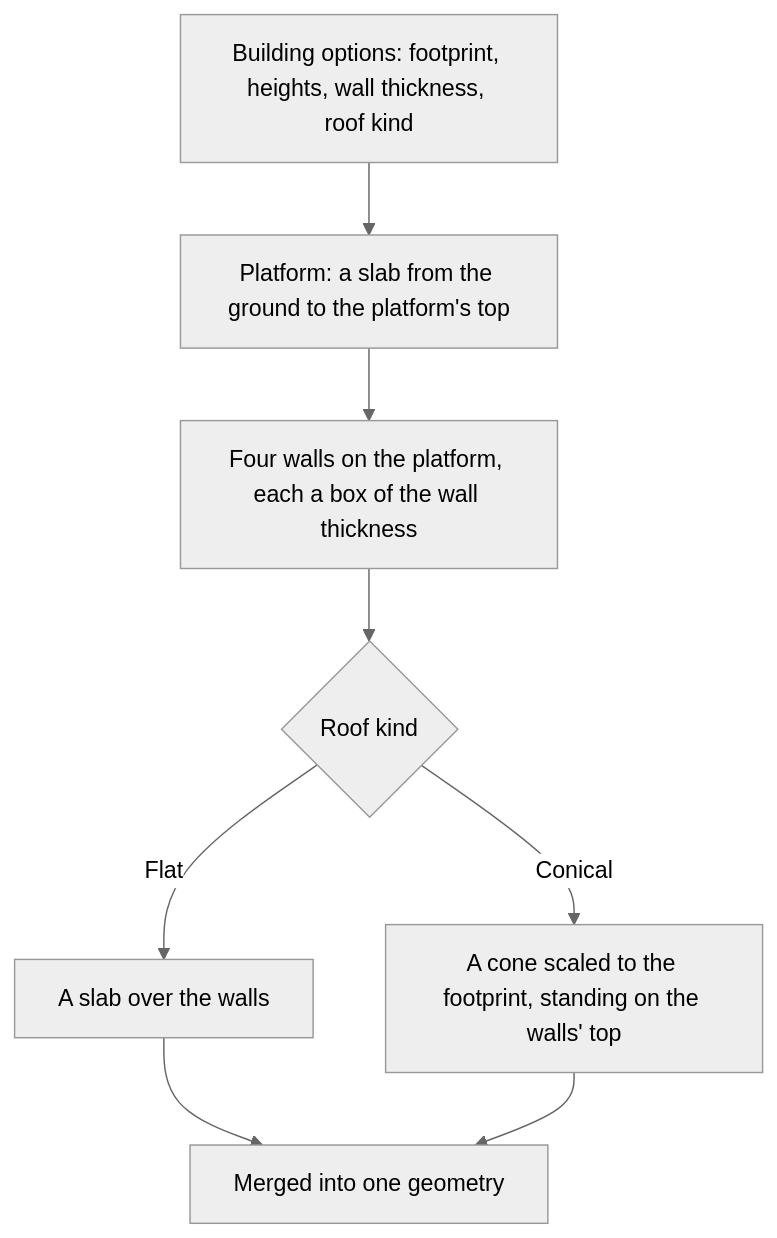
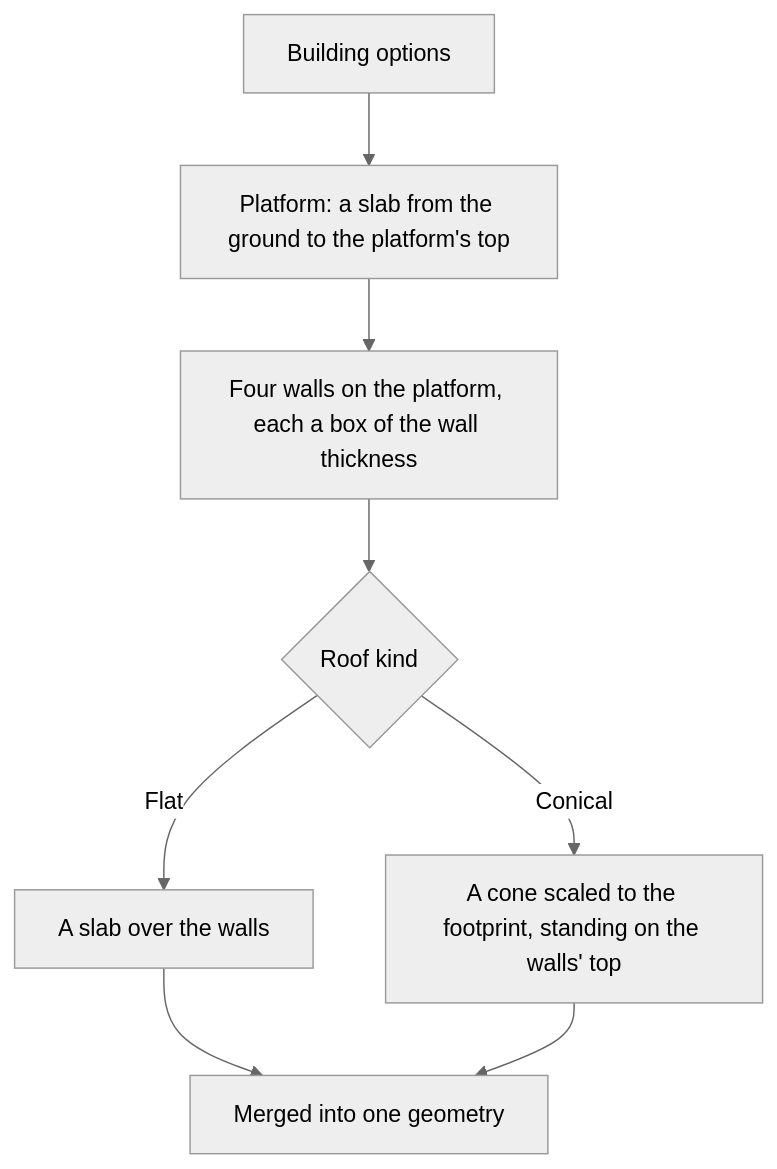
Before and after one commit to Esposter/Esposter: the diagram in openspec/specs/genshin/buildings/design.md, drawn with Mermaid (neutral theme). The commit also changed 15 other files, not shown here.

````diff
--- a/openspec/specs/genshin/buildings/design.md
+++ b/openspec/specs/genshin/buildings/design.md
@@ -7,10 +7,10 @@
 ```mermaid
 flowchart TD
-  OP[Building options: footprint, heights, wall thickness, roof kind] --> PL[Platform: a slab from the ground to the platform's top]
+  OP[Building options] --> PL[Platform: a slab from the ground to the platform's top]
   PL --> WL[Four walls on the platform, each a box of the wall thickness]
   WL --> RK{Roof kind}
   RK -->|Flat| FR[A slab over the walls]
   RK -->|Conical| CR[A cone scaled to the footprint, standing on the walls' top]
   FR --> MG[Merged into one geometry]
   CR --> MG
 ```
````
